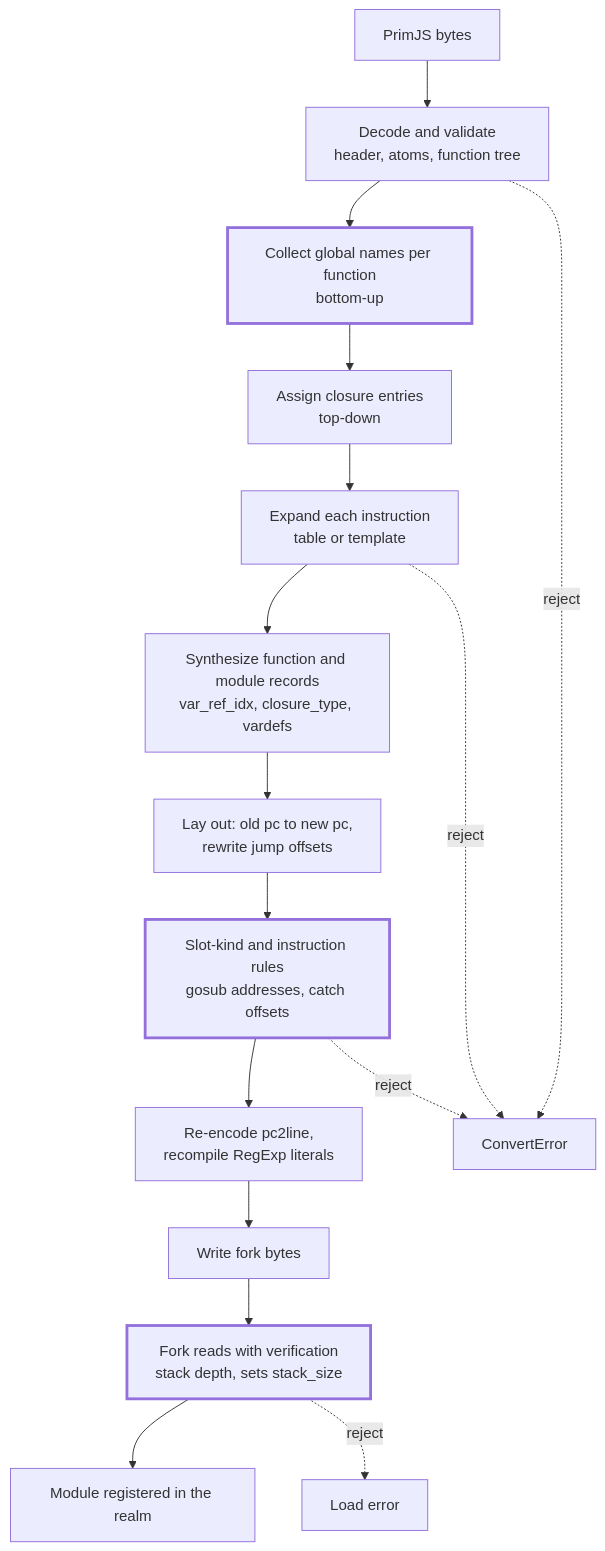
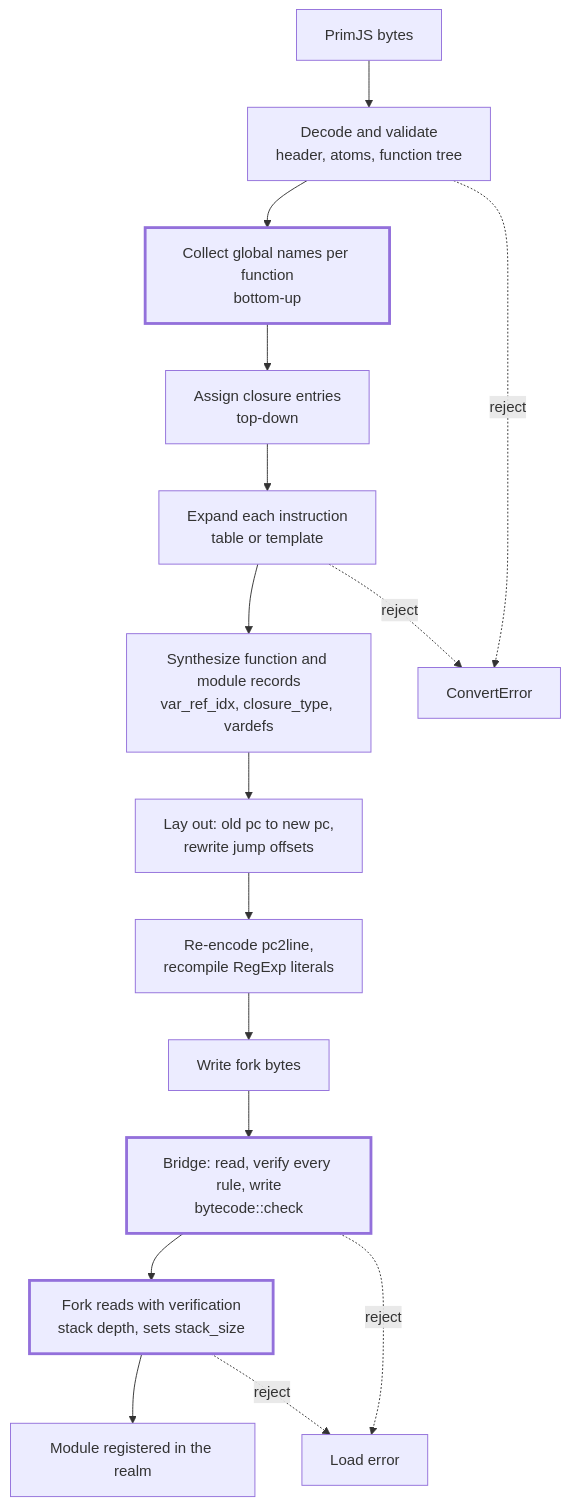
Before and after one commit to PupilTong/lynx-vello: the diagram in docs/primjs-bytecode-conversion-design.md, drawn with Mermaid. The commit also changed other lines of this file and 1 other file, not shown here.

Commit message:
docs: the bytecode rules as built, and the module shape of a converted script

````diff
--- a/docs/primjs-bytecode-conversion-design.md
+++ b/docs/primjs-bytecode-conversion-design.md
@@ -205,21 +205,21 @@
 ```mermaid
 flowchart TD
     A[PrimJS bytes] --> B[Decode and validate<br/>header, atoms, function tree]
     B --> C[Collect global names per function<br/>bottom-up]
     C --> D[Assign closure entries<br/>top-down]
     D --> E[Expand each instruction<br/>table or template]
     E --> F[Synthesize function and module records<br/>var_ref_idx, closure_type, vardefs]
     F --> G[Lay out: old pc to new pc,<br/>rewrite jump offsets]
-    G --> V[Slot-kind and instruction rules<br/>gosub addresses, catch offsets]
-    V --> I[Re-encode pc2line,<br/>recompile RegExp literals]
+    G --> I[Re-encode pc2line,<br/>recompile RegExp literals]
     I --> J[Write fork bytes]
-    J --> H[Fork reads with verification<br/>stack depth, sets stack_size]
+    J --> V[Bridge: read, verify every rule, write<br/>bytecode::check]
+    V --> H[Fork reads with verification<br/>stack depth, sets stack_size]
     H --> K[Module registered in the realm]
     B -. reject .-> X[ConvertError]
     E -. reject .-> X
-    V -. reject .-> X
+    V -. reject .-> Y
     H -. reject .-> Y[Load error]
     style H stroke-width:3px
     style V stroke-width:3px
     style C stroke-width:3px
 ```
````
